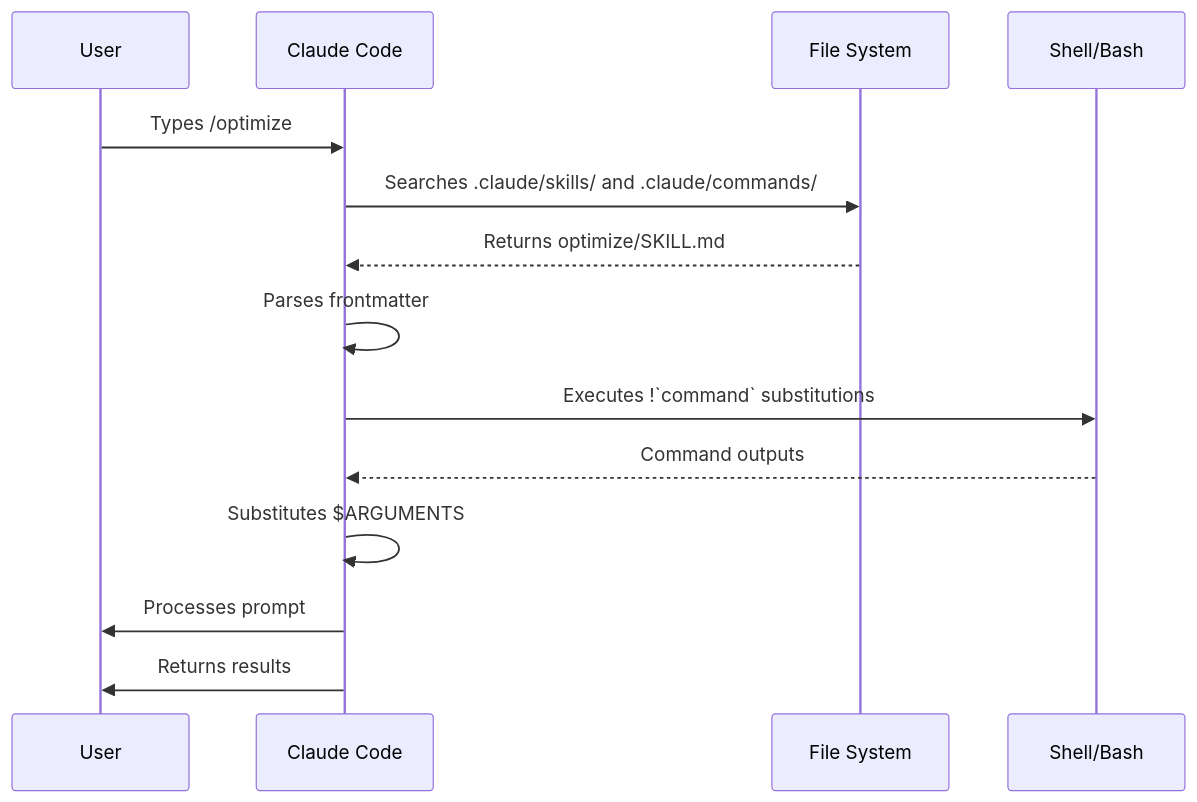
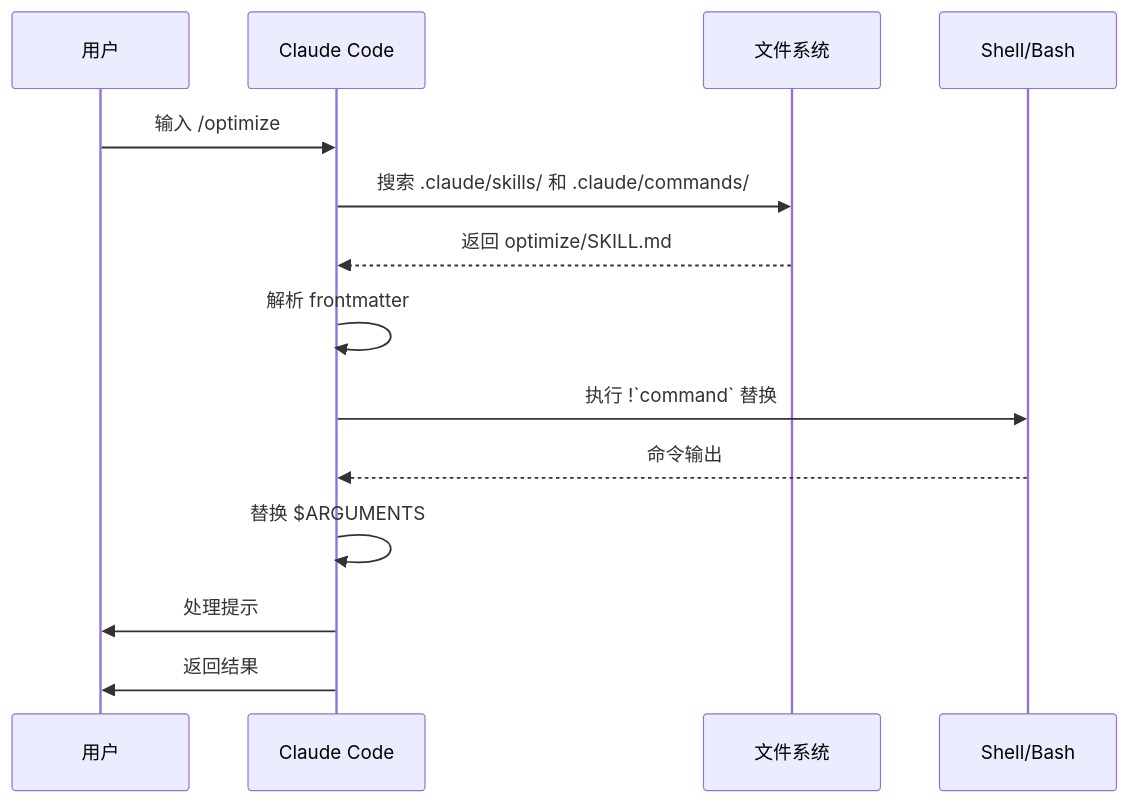
One commit to hellojoju/claude-code-lesson changed the second of 3 diagrams in 01-slash-commands/README.md. Above: the diagram before and after it, drawn with Mermaid. The commit also changed other lines of this file and 9 other files, not shown here.

````diff
--- a/01-slash-commands/README.md
+++ b/01-slash-commands/README.md
@@ -325,17 +325,17 @@
 ```mermaid
 sequenceDiagram
-    participant User
+    participant User as 用户
     participant Claude as Claude Code
-    participant FS as File System
+    participant FS as 文件系统
     participant CLI as Shell/Bash
 
-    User->>Claude: Types /optimize
-    Claude->>FS: Searches .claude/skills/ and .claude/commands/
-    FS-->>Claude: Returns optimize/SKILL.md
-    Claude->>Claude: Parses frontmatter
-    Claude->>CLI: Executes !`command` substitutions
-    CLI-->>Claude: Command outputs
-    Claude->>Claude: Substitutes $ARGUMENTS
-    Claude->>User: Processes prompt
-    Claude->>User: Returns results
+    User->>Claude: 输入 /optimize
+    Claude->>FS: 搜索 .claude/skills/ 和 .claude/commands/
+    FS-->>Claude: 返回 optimize/SKILL.md
+    Claude->>Claude: 解析 frontmatter
+    Claude->>CLI: 执行 !`command` 替换
+    CLI-->>Claude: 命令输出
+    Claude->>Claude: 替换 $ARGUMENTS
+    Claude->>User: 处理提示
+    Claude->>User: 返回结果
 ```
````
